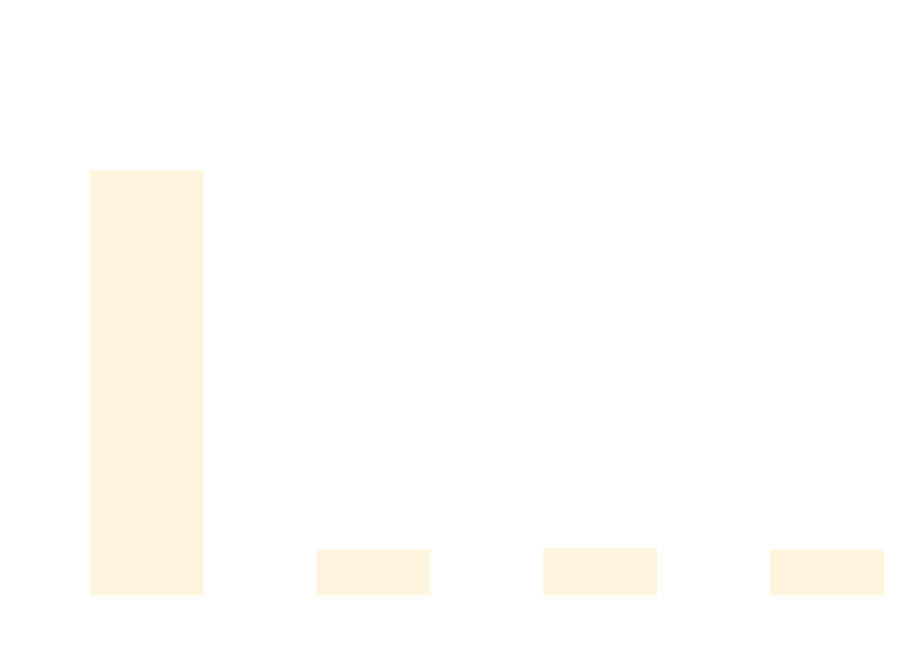
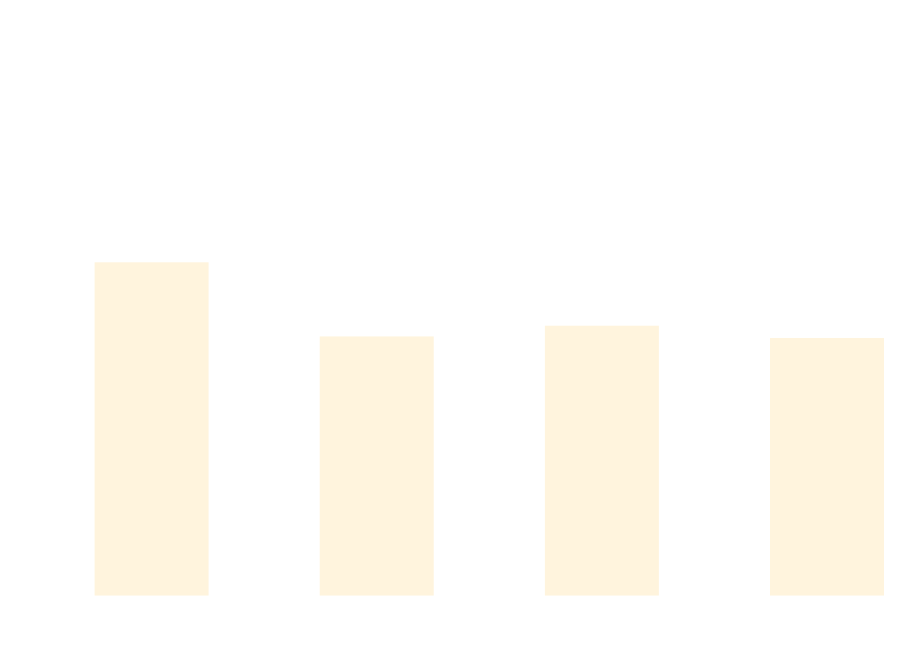
The diagram in docs/docs/benchmarks/BuildTime.md (thomhurst/TUnit), drawn with Mermaid before and after one commit. The commit also changed other lines of this file and 16 other files, not shown here.

````diff
--- a/docs/docs/benchmarks/BuildTime.md
+++ b/docs/docs/benchmarks/BuildTime.md
@@ -28,37 +28,37 @@
 ```mermaid
 %%{init: {
   'theme':'base',
   'themeVariables': {
     'primaryColor': '#2563eb',
     'primaryTextColor': '#ffffff',
     'primaryBorderColor': '#1e40af',
     'lineColor': '#6b7280',
     'secondaryColor': '#7c3aed',
     'tertiaryColor': '#dc2626',
     'background': '#ffffff',
     'mainBkg': '#2563eb',
     'secondBkg': '#7c3aed',
     'tertiaryBkg': '#dc2626',
     'clusterBkg': '#f3f4f6',
     'edgeLabelBackground': '#ffffff',
     'tertiaryTextColor': '#1f2937',
     'pie1': '#2563eb',
     'pie2': '#7c3aed',
     'pie3': '#dc2626',
     'pie4': '#f59e0b',
     'pie5': '#10b981',
     'pie6': '#06b6d4',
     'pie7': '#ec4899',
     'pie8': '#6366f1',
     'pie9': '#84cc16',
     'pie10': '#f97316',
     'pie11': '#14b8a6',
     'pie12': '#a855f7'
   }
 }}%%
 xychart-beta
   title "Build Time Comparison"
   x-axis ["Build_TUnit", "Build_NUnit", "Build_MSTest", "Build_xUnit3"]
-  y-axis "Time (s)" 0 --> 22
-  bar [17.878, 1.542, 1.622, 1.548]
+  y-axis "Time (s)" 0 --> 3
+  bar [1.898, 1.463, 1.526, 1.454]
 ```
````
